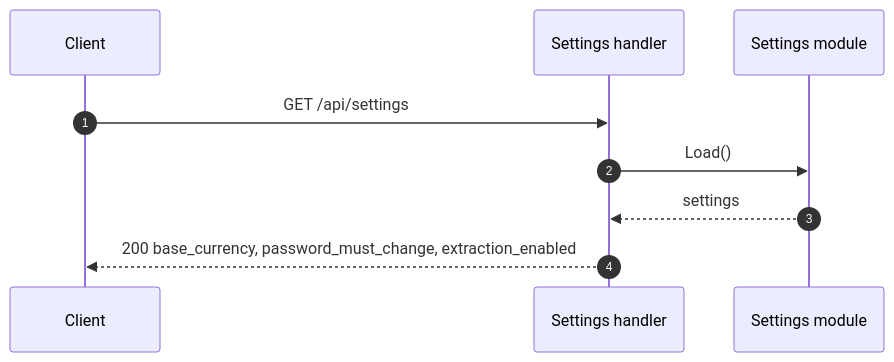
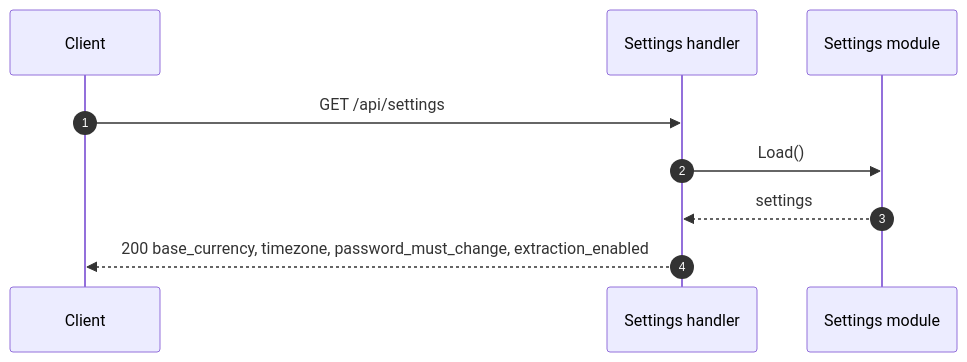
The diagram in docs/endpoints/GET_api_settings.md (dimasbaguspm/spenicle), drawn with Mermaid before and after one commit. The commit also changed other lines of this file and 53 other files, not shown here.

````diff
--- a/docs/endpoints/GET_api_settings.md
+++ b/docs/endpoints/GET_api_settings.md
@@ -44,11 +48,11 @@
 ```mermaid
 sequenceDiagram
     autonumber
     participant UI as Client
     participant H as Settings handler
     participant S as Settings module
     UI->>H: GET /api/settings
     H->>S: Load()
     S-->>H: settings
-    H-->>UI: 200 base_currency, password_must_change, extraction_enabled
+    H-->>UI: 200 base_currency, timezone, password_must_change, extraction_enabled
 ```
````
